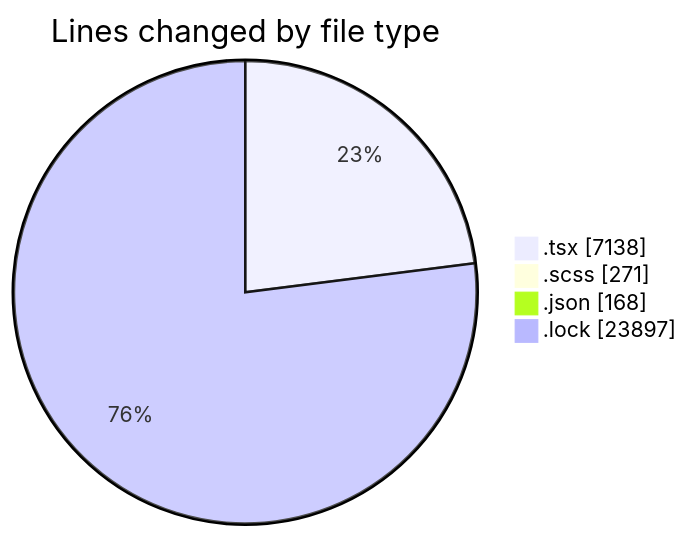
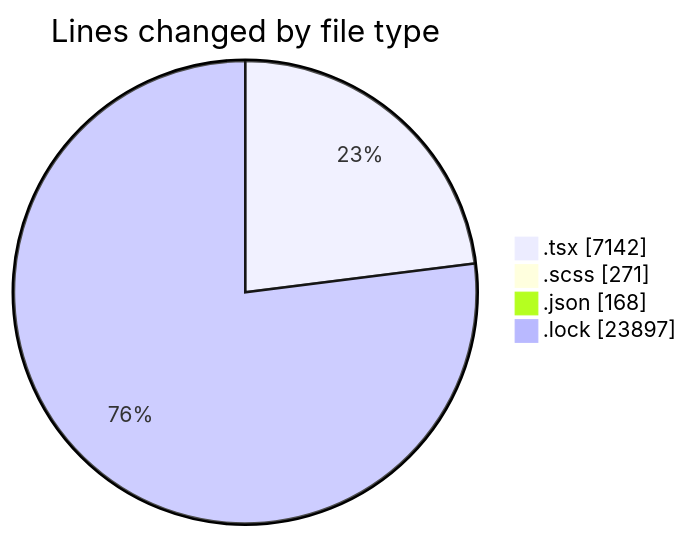
Before and after one commit to momahboobian/code-tracking: the first of 2 diagrams in 2025-11-18/cda/README.md, drawn with Mermaid. The commit also changed other lines of this file and 1 other file, not shown here.

````diff
--- a/2025-11-18/cda/README.md
+++ b/2025-11-18/cda/README.md
@@ -34,8 +34,8 @@
 ```mermaid
 pie showData
 title Lines changed by file type
-".tsx" : 7138
+".tsx" : 7142
 ".scss" : 271
 ".json" : 168
 ".lock" : 23897
 ```
````
